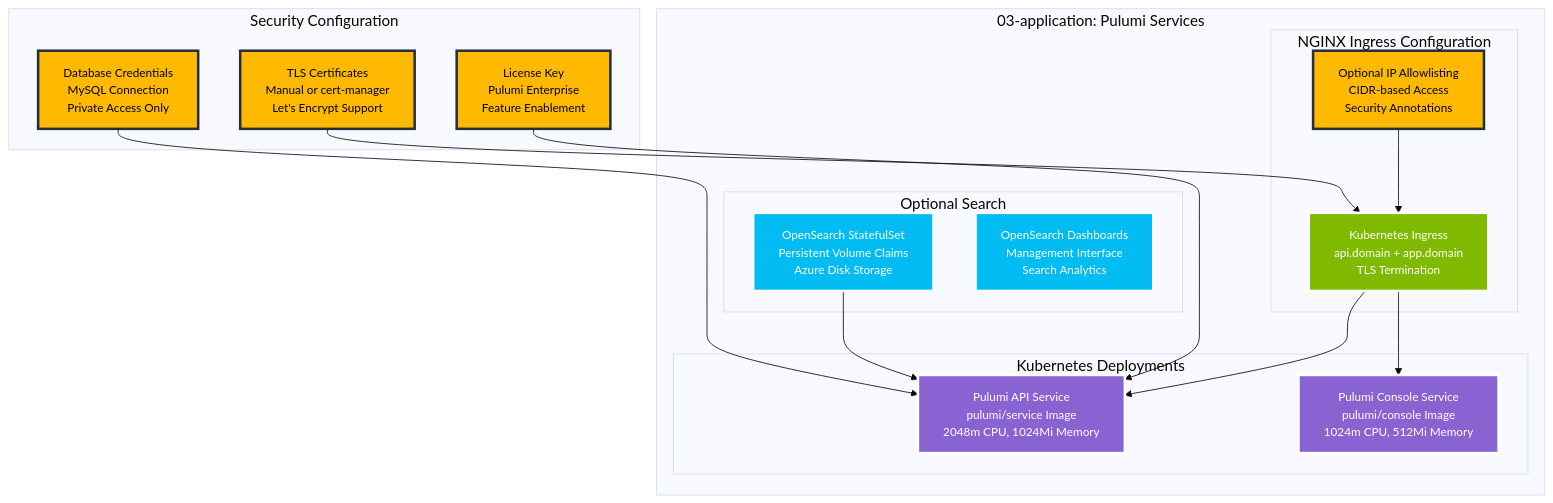
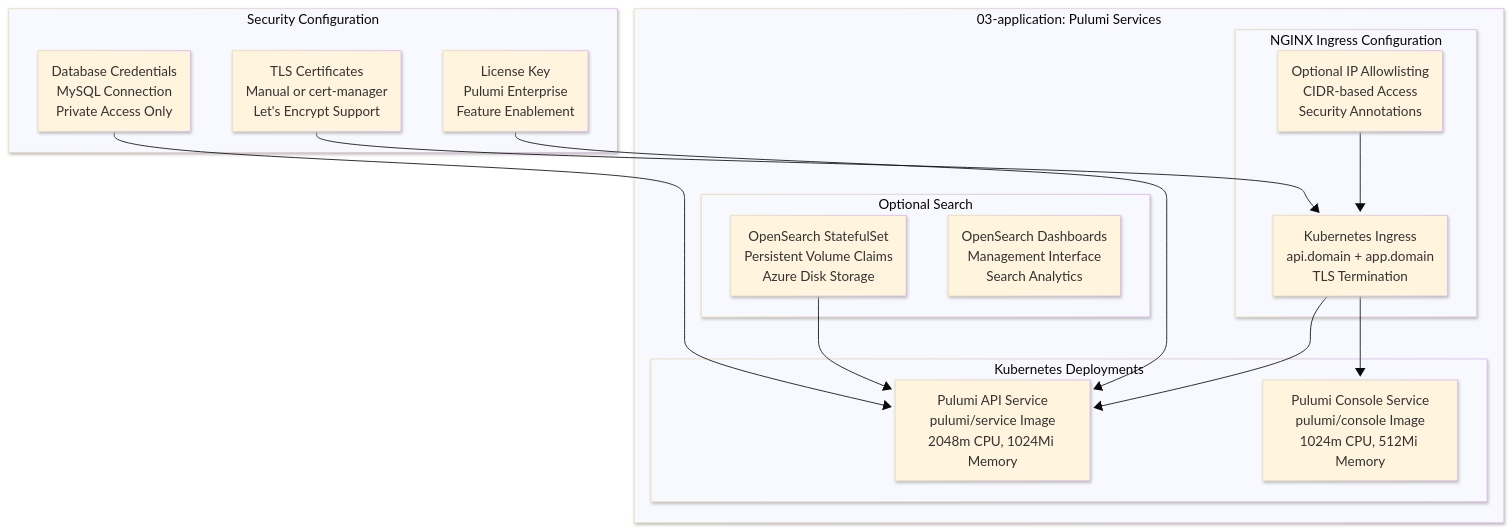
Before and after one commit to pulumi/pulumi-self-hosted-installers: the diagram in aks-hosted/diagrams/06-application.mmd, drawn with Mermaid. The commit also changed 55 other files, not shown here.

```diff
--- a/aks-hosted/diagrams/06-application.mmd
+++ b/aks-hosted/diagrams/06-application.mmd
@@ -1,38 +1,42 @@
-%%{init: {'theme':'base', 'themeVariables': {'fontSize': '18px', 'fontFamily': 'Arial, sans-serif'}}}%%
+---
+config:
+  look: neo
+  theme: base
+---
 graph TD
-    classDef pulumi fill:#8A63D2,stroke:#FFFFFF,stroke-width:3px,color:#FFFFFF,font-size:14px
-    classDef storage fill:#00BCF2,stroke:#FFFFFF,stroke-width:3px,color:#FFFFFF,font-size:14px
-    classDef security fill:#FFB900,stroke:#232F3E,stroke-width:3px,color:#000000,font-size:14px
-    classDef network fill:#7FBA00,stroke:#FFFFFF,stroke-width:3px,color:#FFFFFF,font-size:14px
+    classDef pulumi fill:#4d5bd9,stroke:#FFFFFF,stroke-width:4px,color:#FFFFFF
+    classDef storage fill:#00BCF2,stroke:#FFFFFF,stroke-width:4px,color:#FFFFFF
+    classDef security fill:#FFB900,stroke:#f7bf2a,stroke-width:4px,color:#000000
+    classDef network fill:#7FBA00,stroke:#FFFFFF,stroke-width:4px,color:#FFFFFF
     
     subgraph APP["03-application: Pulumi Services"]
         subgraph APPS["Kubernetes Deployments"]
-            API_SERVICE[Pulumi API Service<br/>pulumi/service Image<br/>2048m CPU, 1024Mi Memory]:::pulumi
-            CONSOLE_SERVICE[Pulumi Console Service<br/>pulumi/console Image<br/>1024m CPU, 512Mi Memory]:::pulumi
+            API_SERVICE[Pulumi API Service<br/>pulumi/service Image<br/>2048m CPU, 1024Mi Memory]:::pulumiService
+            CONSOLE_SERVICE[Pulumi Console Service<br/>pulumi/console Image<br/>1024m CPU, 512Mi Memory]:::pulumiService
         end
         
         subgraph SEARCH["Optional Search"]
-            OPENSEARCH[OpenSearch StatefulSet<br/>Persistent Volume Claims<br/>Azure Disk Storage]:::storage
-            OS_DASHBOARD[OpenSearch Dashboards<br/>Management Interface<br/>Search Analytics]:::storage
+            OPENSEARCH[OpenSearch StatefulSet<br/>Persistent Volume Claims<br/>Azure Disk Storage]:::azureStorage
+            OS_DASHBOARD[OpenSearch Dashboards<br/>Management Interface<br/>Search Analytics]:::azureStorage
         end
         
         subgraph INGRESS_CFG["NGINX Ingress Configuration"]
-            INGRESS_RULES[Kubernetes Ingress<br/>api.domain + app.domain<br/>TLS Termination]:::network
-            IP_ALLOWLIST[Optional IP Allowlisting<br/>CIDR-based Access<br/>Security Annotations]:::security
+            INGRESS_RULES[Kubernetes Ingress<br/>api.domain + app.domain<br/>TLS Termination]:::azureNetwork
+            IP_ALLOWLIST[Optional IP Allowlisting<br/>CIDR-based Access<br/>Security Annotations]:::azureSecure
         end
     end
     
     subgraph SEC["Security Configuration"]
-        DB_SECRETS[Database Credentials<br/>MySQL Connection<br/>Private Access Only]:::security
-        TLS_SECRETS[TLS Certificates<br/>Manual or cert-manager<br/>Let's Encrypt Support]:::security
-        LICENSE_SECRET[License Key<br/>Pulumi Enterprise<br/>Feature Enablement]:::security
+        DB_SECRETS[Database Credentials<br/>MySQL Connection<br/>Private Access Only]:::azureSecure
+        TLS_SECRETS[TLS Certificates<br/>Manual or cert-manager<br/>Let's Encrypt Support]:::azureSecure
+        LICENSE_SECRET[License Key<br/>Pulumi Enterprise<br/>Feature Enablement]:::azureSecure
     end
     
     TLS_SECRETS --> INGRESS_RULES
     INGRESS_RULES --> API_SERVICE
     INGRESS_RULES --> CONSOLE_SERVICE
     IP_ALLOWLIST --> INGRESS_RULES
     
     DB_SECRETS --> API_SERVICE
     LICENSE_SECRET --> API_SERVICE
     OPENSEARCH --> API_SERVICE
```
